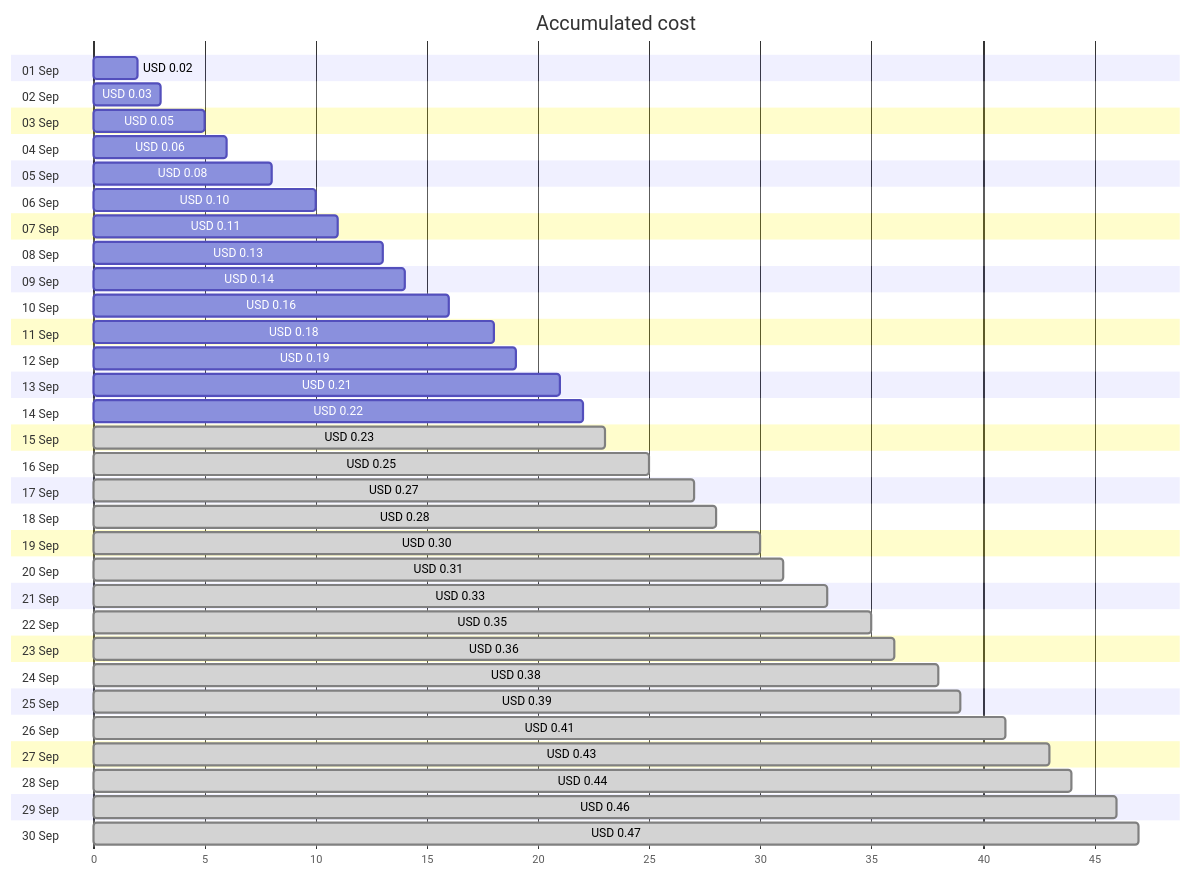
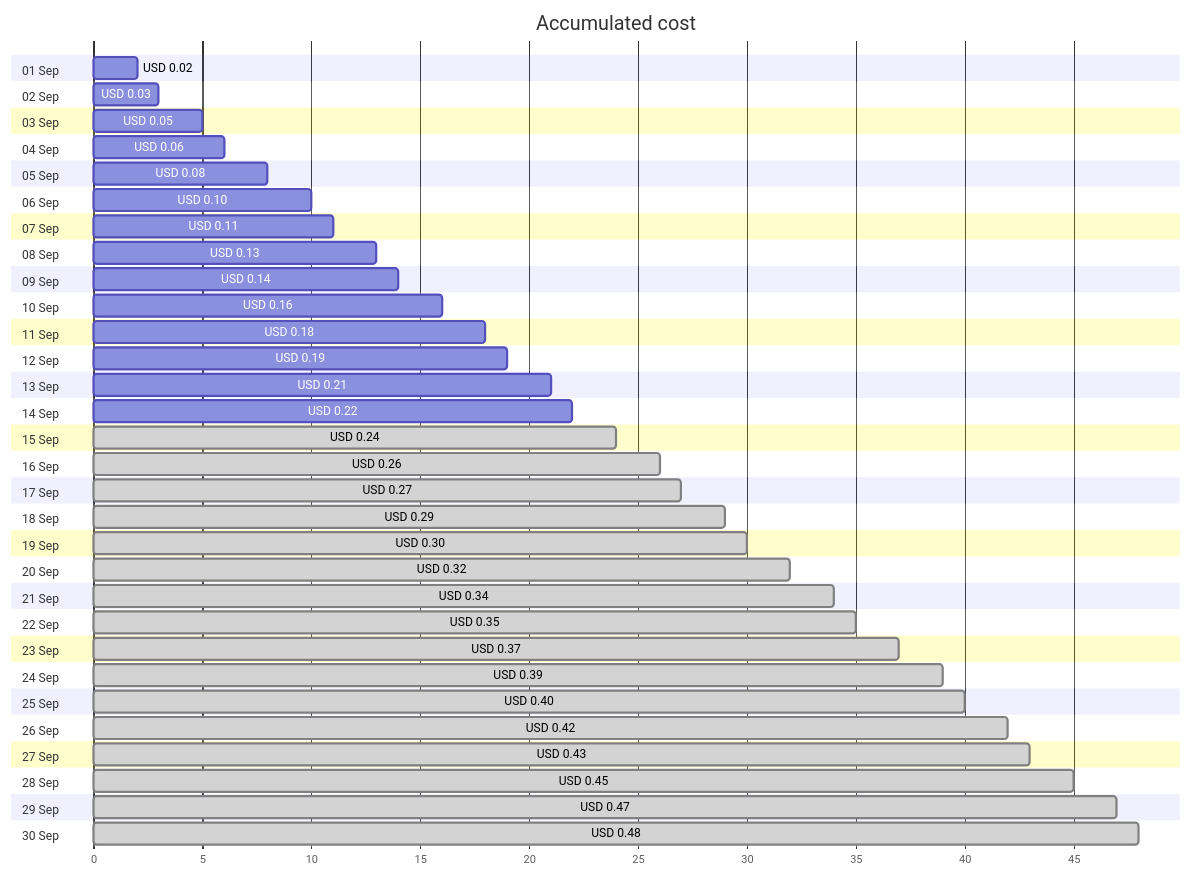
One commit to jpfulton/azure-personal-reports changed the first of 4 diagrams in cost-reports/personal-network/private.jpatrickfulton.com.md. Above: the diagram before and after it, drawn with Mermaid. The commit also changed other lines of this file and 37 other files, not shown here.

````diff
--- a/cost-reports/personal-network/private.jpatrickfulton.com.md
+++ b/cost-reports/personal-network/private.jpatrickfulton.com.md
@@ -20,66 +20,66 @@
 ```mermaid
 gantt
    title Accumulated cost
    dateFormat  X
    axisFormat %s
    section 01 Sep
    USD 0.02 :0, 2
    section 02 Sep
    USD 0.03 :0, 3
    section 03 Sep
    USD 0.05 :0, 5
    section 04 Sep
    USD 0.06 :0, 6
    section 05 Sep
    USD 0.08 :0, 8
    section 06 Sep
    USD 0.10 :0, 10
    section 07 Sep
    USD 0.11 :0, 11
    section 08 Sep
    USD 0.13 :0, 13
    section 09 Sep
    USD 0.14 :0, 14
    section 10 Sep
    USD 0.16 :0, 16
    section 11 Sep
    USD 0.18 :0, 18
    section 12 Sep
    USD 0.19 :0, 19
    section 13 Sep
    USD 0.21 :0, 21
    section 14 Sep
    USD 0.22 :0, 22
    section 15 Sep
-   USD 0.23 : done, 0, 23
+   USD 0.24 : done, 0, 24
    section 16 Sep
-   USD 0.25 : done, 0, 25
+   USD 0.26 : done, 0, 26
    section 17 Sep
    USD 0.27 : done, 0, 27
    section 18 Sep
-   USD 0.28 : done, 0, 28
+   USD 0.29 : done, 0, 29
    section 19 Sep
    USD 0.30 : done, 0, 30
    section 20 Sep
-   USD 0.31 : done, 0, 31
+   USD 0.32 : done, 0, 32
    section 21 Sep
-   USD 0.33 : done, 0, 33
+   USD 0.34 : done, 0, 34
    section 22 Sep
    USD 0.35 : done, 0, 35
    section 23 Sep
-   USD 0.36 : done, 0, 36
+   USD 0.37 : done, 0, 37
    section 24 Sep
-   USD 0.38 : done, 0, 38
+   USD 0.39 : done, 0, 39
    section 25 Sep
-   USD 0.39 : done, 0, 39
+   USD 0.40 : done, 0, 40
    section 26 Sep
-   USD 0.41 : done, 0, 41
+   USD 0.42 : done, 0, 42
    section 27 Sep
    USD 0.43 : done, 0, 43
    section 28 Sep
-   USD 0.44 : done, 0, 44
+   USD 0.45 : done, 0, 45
    section 29 Sep
-   USD 0.46 : done, 0, 46
+   USD 0.47 : done, 0, 47
    section 30 Sep
-   USD 0.47 : done, 0, 47
+   USD 0.48 : done, 0, 48
 ```
````
